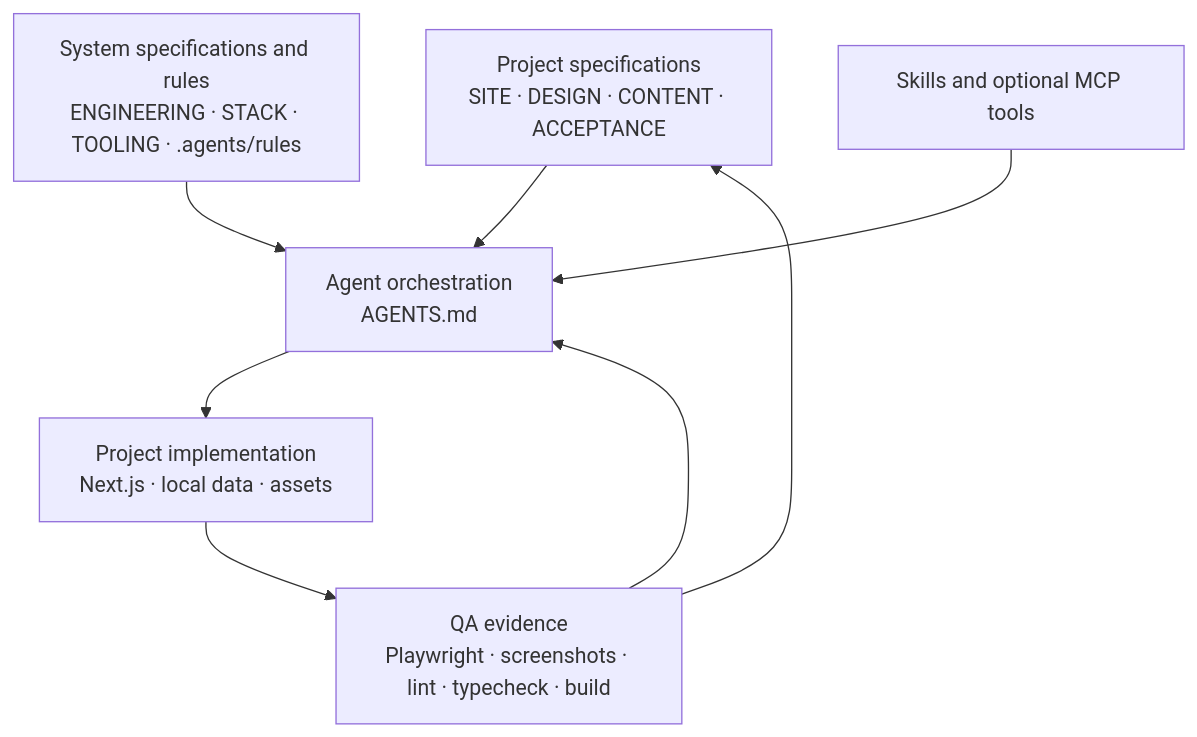
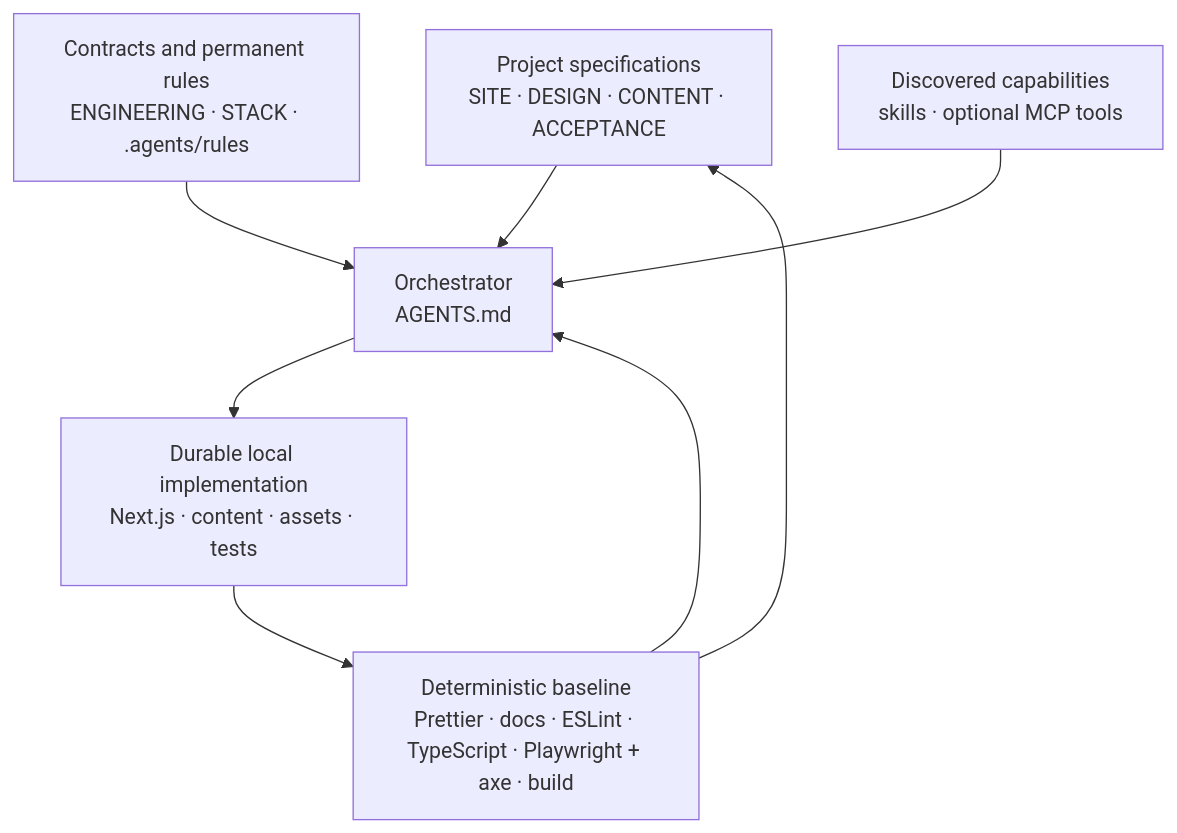
The diagram in README.md (King-ElWebo/Demo-leuchten-online-shop), drawn with Mermaid before and after one commit. The commit also changed other lines of this file and 15 other files, not shown here.

````diff
--- a/README.md
+++ b/README.md
@@ -11,17 +11,17 @@
 ```mermaid
 flowchart TD
     P[Project specifications<br/>SITE · DESIGN · CONTENT · ACCEPTANCE]
-    S[System specifications and rules<br/>ENGINEERING · STACK · TOOLING · .agents/rules]
-    A[Agent orchestration<br/>AGENTS.md]
-    X[Skills and optional MCP tools]
-    I[Project implementation<br/>Next.js · local data · assets]
-    Q[QA evidence<br/>Playwright · screenshots · lint · typecheck · build]
+    A[Orchestrator<br/>AGENTS.md]
+    R[Contracts and permanent rules<br/>ENGINEERING · STACK · .agents/rules]
+    C[Discovered capabilities<br/>skills · optional MCP tools]
+    I[Durable local implementation<br/>Next.js · content · assets · tests]
+    Q[Deterministic baseline<br/>Prettier · docs · ESLint · TypeScript · Playwright + axe · build]
 
     P --> A
-    S --> A
-    X --> A
+    R --> A
+    C --> A
     A --> I
     I --> Q
     Q --> A
     Q --> P
 ```
````
